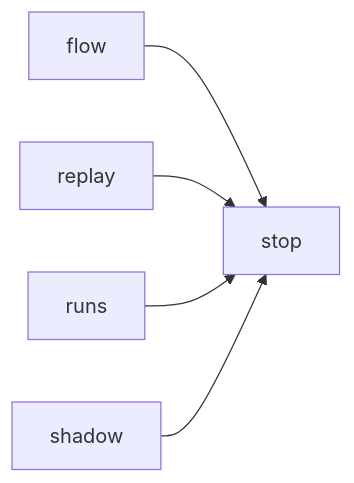
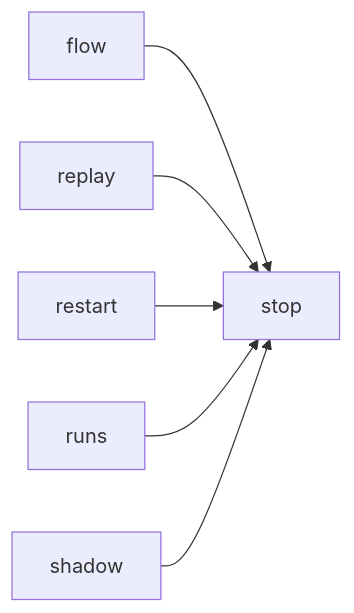
The second of 2 diagrams in docs/architecture/modules/stop.md (plaplanche/ariane), drawn with Mermaid before and after one commit. The commit also changed 27 other files, not shown here.

````diff
--- a/docs/architecture/modules/stop.md
+++ b/docs/architecture/modules/stop.md
@@ -39,7 +39,8 @@
 ```mermaid
 flowchart LR
   flow --> stop
   replay --> stop
+  restart --> stop
   runs --> stop
   shadow --> stop
 ```
````
